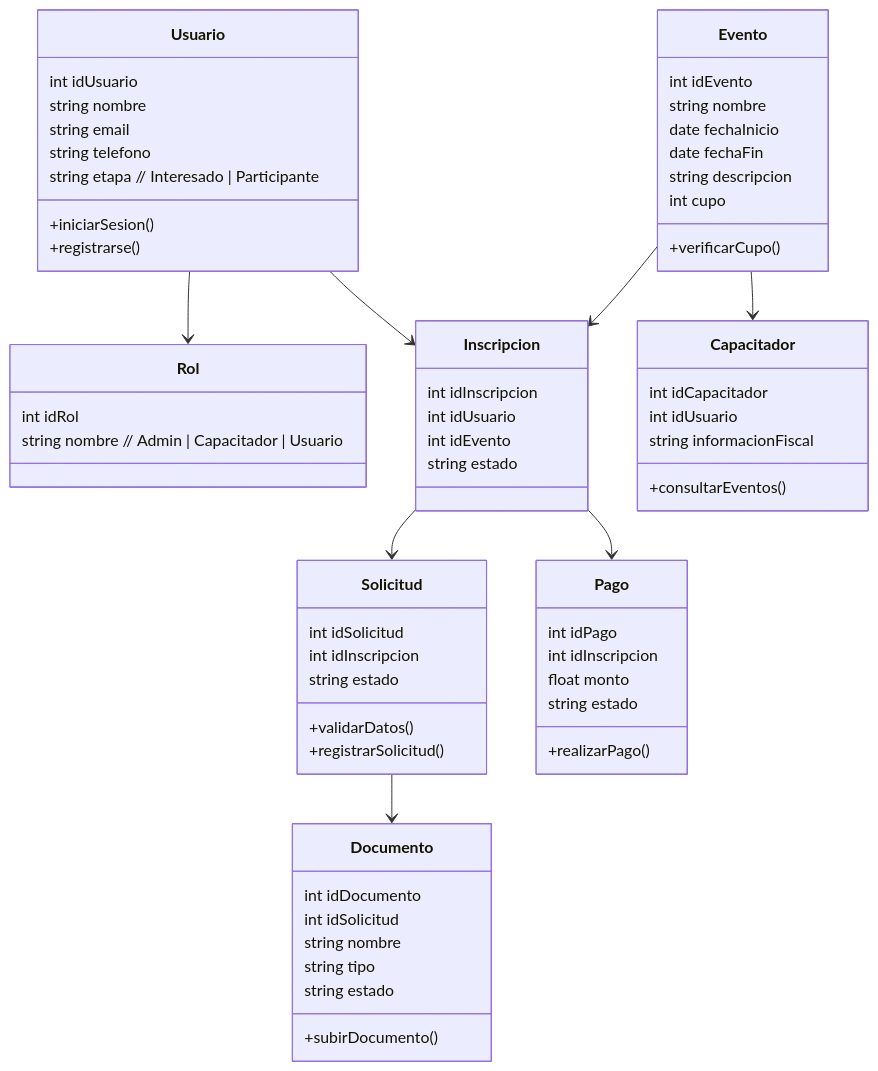
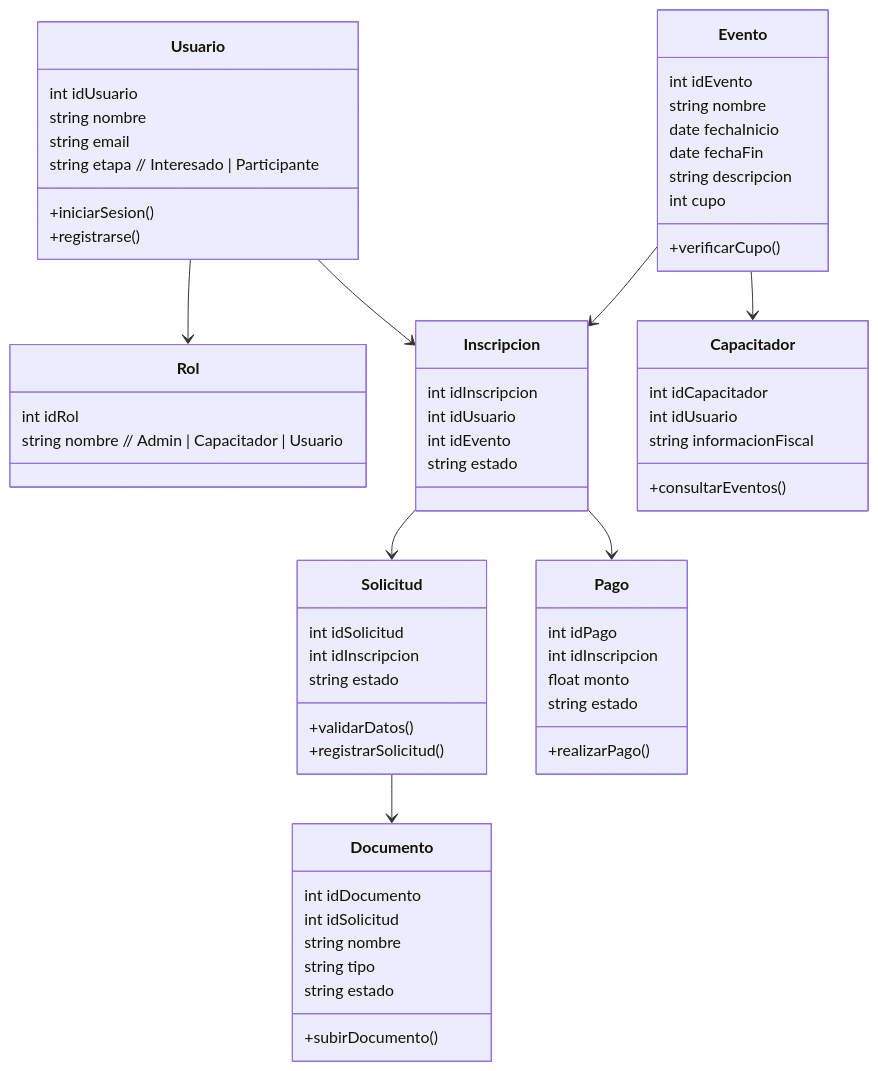
Before and after one commit to Killercrod/SoftwareDesign: the diagram in docs/uml/nuevodiagramaClases.md, drawn with Mermaid.

````diff
--- a/docs/uml/nuevodiagramaClases.md
+++ b/docs/uml/nuevodiagramaClases.md
@@ -1,77 +1,76 @@
 ```mermaid
 classDiagram
 
 class Usuario {
   int idUsuario
   string nombre
   string email
-  string telefono
   string etapa   // Interesado | Participante
   +iniciarSesion()
   +registrarse()
 }
 
 class Rol {
   int idRol
   string nombre  // Admin | Capacitador | Usuario
 }
 
 class Evento {
   int idEvento
   string nombre
   date fechaInicio
   date fechaFin
   string descripcion
   int cupo
   +verificarCupo()
 }
 
 class Inscripcion {
   int idInscripcion
   int idUsuario
   int idEvento
   string estado
 }
 
 class Solicitud {
   int idSolicitud
   int idInscripcion
   string estado
   +validarDatos()
   +registrarSolicitud()
 }
 
 class Documento {
   int idDocumento
   int idSolicitud
   string nombre
   string tipo
   string estado
   +subirDocumento()
 }
 
 class Pago {
   int idPago
   int idInscripcion
   float monto
   string estado
   +realizarPago()
 }
 
 class Capacitador {
   int idCapacitador
   int idUsuario
   string informacionFiscal
   +consultarEventos()
 }
 
 Usuario --> Rol
 Usuario --> Inscripcion
 
 Evento --> Inscripcion
 Inscripcion --> Solicitud
 Solicitud --> Documento
 Inscripcion --> Pago
 
 Evento --> Capacitador
 ```
````
